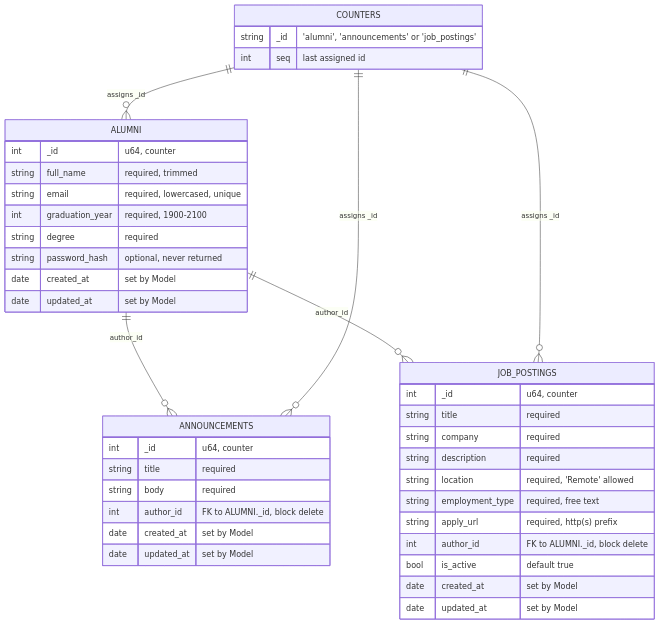
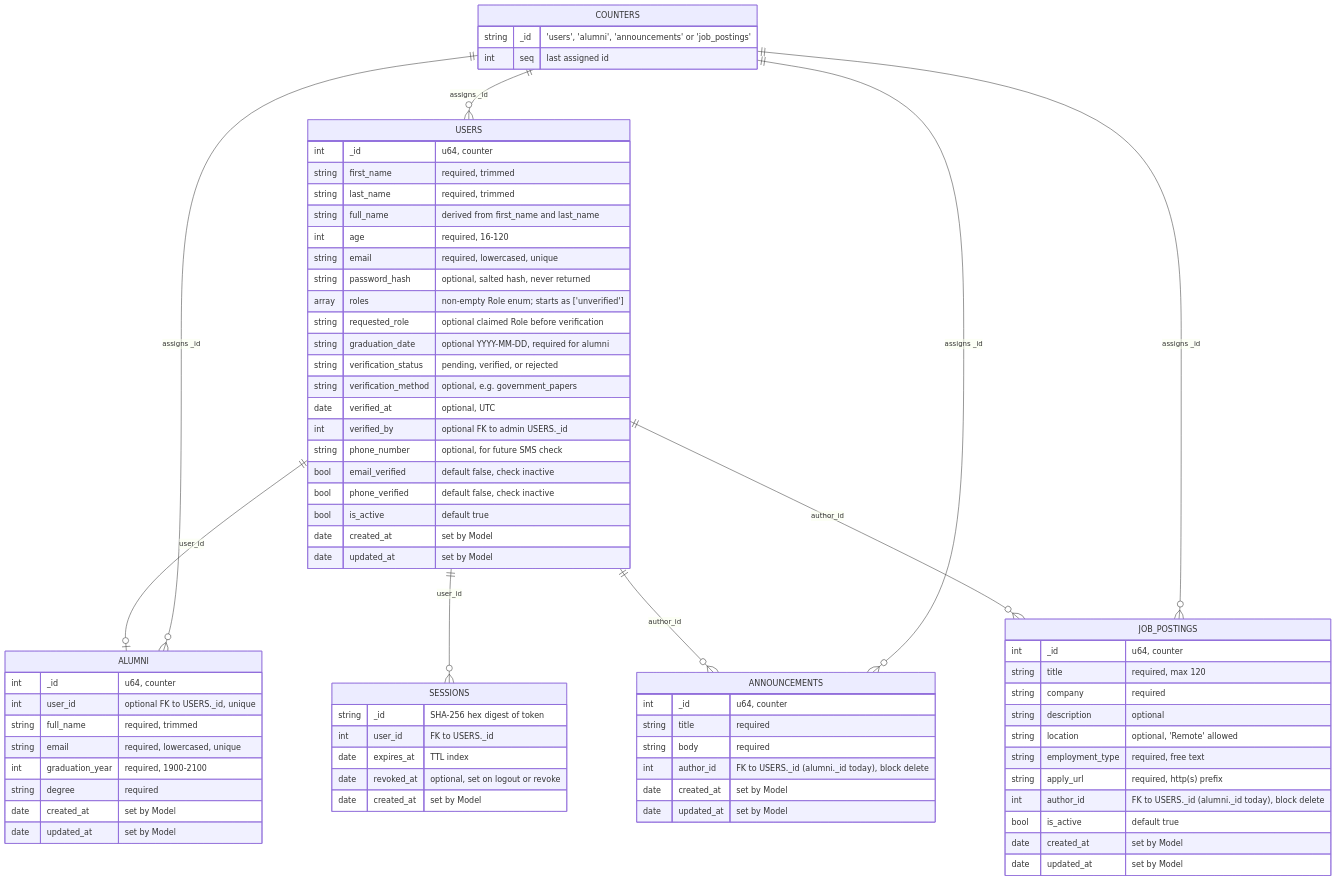
One commit to Berbadov/alumni changed the diagram in docs/ddd.md. Above: the diagram before and after it, drawn with Mermaid. The commit also changed other lines of this file and 47 other files, not shown here.

Commit message:
feat: add auth, admin verification, role-based navigation, and user pages

````diff
--- a/docs/ddd.md
+++ b/docs/ddd.md
@@ -225,43 +433,75 @@
 ```mermaid
 erDiagram
+    USERS {
+        int _id "u64, counter"
+        string first_name "required, trimmed"
+        string last_name "required, trimmed"
+        string full_name "derived from first_name and last_name"
+        int age "required, 16-120"
+        string email "required, lowercased, unique"
+        string password_hash "optional, salted hash, never returned"
+        array roles "non-empty Role enum; starts as ['unverified']"
+        string requested_role "optional claimed Role before verification"
+        string graduation_date "optional YYYY-MM-DD, required for alumni"
+        string verification_status "pending, verified, or rejected"
+        string verification_method "optional, e.g. government_papers"
+        date verified_at "optional, UTC"
+        int verified_by "optional FK to admin USERS._id"
+        string phone_number "optional, for future SMS check"
+        bool email_verified "default false, check inactive"
+        bool phone_verified "default false, check inactive"
+        bool is_active "default true"
+        date created_at "set by Model"
+        date updated_at "set by Model"
+    }
+    SESSIONS {
+        string _id "SHA-256 hex digest of token"
+        int user_id "FK to USERS._id"
+        date expires_at "TTL index"
+        date revoked_at "optional, set on logout or revoke"
+        date created_at "set by Model"
+    }
     ALUMNI {
         int _id "u64, counter"
+        int user_id "optional FK to USERS._id, unique"
         string full_name "required, trimmed"
         string email "required, lowercased, unique"
         int graduation_year "required, 1900-2100"
         string degree "required"
-        string password_hash "optional, never returned"
         date created_at "set by Model"
         date updated_at "set by Model"
     }
     ANNOUNCEMENTS {
         int _id "u64, counter"
         string title "required"
         string body "required"
-        int author_id "FK to ALUMNI._id, block delete"
+        int author_id "FK to USERS._id (alumni._id today), block delete"
         date created_at "set by Model"
         date updated_at "set by Model"
     }
     JOB_POSTINGS {
         int _id "u64, counter"
-        string title "required"
+        string title "required, max 120"
         string company "required"
-        string description "required"
-        string location "required, 'Remote' allowed"
+        string description "optional"
+        string location "optional, 'Remote' allowed"
         string employment_type "required, free text"
         string apply_url "required, http(s) prefix"
-        int author_id "FK to ALUMNI._id, block delete"
+        int author_id "FK to USERS._id (alumni._id today), block delete"
         bool is_active "default true"
         date created_at "set by Model"
         date updated_at "set by Model"
     }
     COUNTERS {
-        string _id "'alumni', 'announcements' or 'job_postings'"
+        string _id "'users', 'alumni', 'announcements' or 'job_postings'"
         int seq "last assigned id"
     }
-    ALUMNI ||--o{ ANNOUNCEMENTS : "author_id"
-    ALUMNI ||--o{ JOB_POSTINGS : "author_id"
+    USERS ||--o| ALUMNI : "user_id"
+    USERS ||--o{ SESSIONS : "user_id"
+    USERS ||--o{ ANNOUNCEMENTS : "author_id"
+    USERS ||--o{ JOB_POSTINGS : "author_id"
+    COUNTERS ||--o{ USERS : "assigns _id"
     COUNTERS ||--o{ ALUMNI : "assigns _id"
     COUNTERS ||--o{ ANNOUNCEMENTS : "assigns _id"
     COUNTERS ||--o{ JOB_POSTINGS : "assigns _id"
 ```
````
